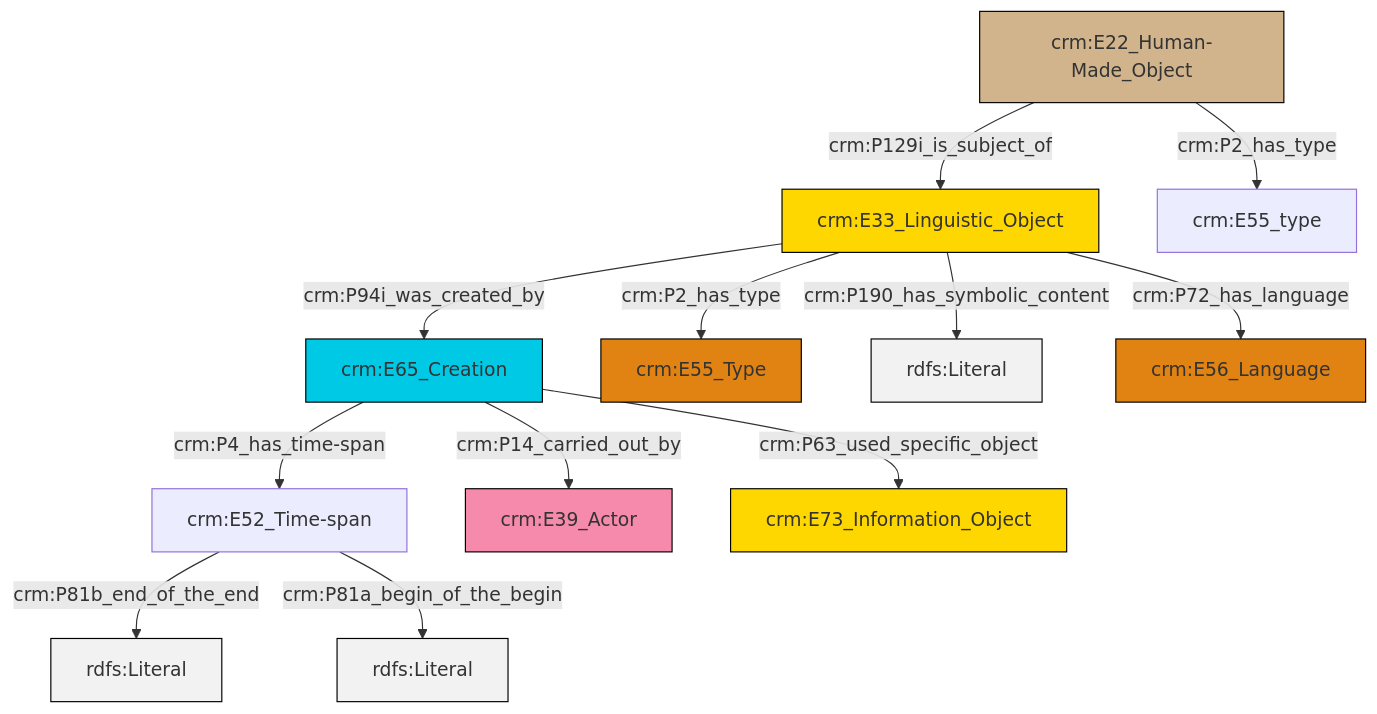
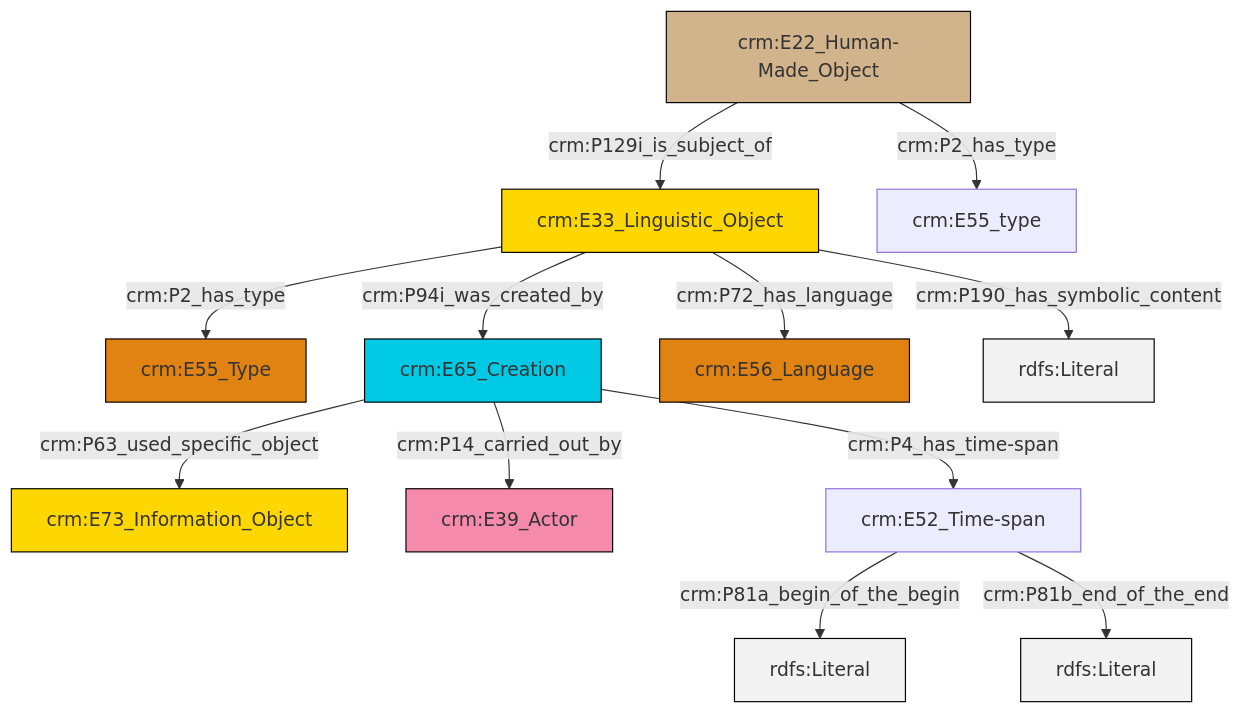
The diagram in et/builtWorkCSV/ttl/mmd/Built_Work_description.ttl.mmd (swiss-art-research-net/docs.swissartresearch), drawn with Mermaid before and after one commit. The commit also changed 177 other files, not shown here.

```diff
--- a/et/builtWorkCSV/ttl/mmd/Built_Work_description.ttl.mmd
+++ b/et/builtWorkCSV/ttl/mmd/Built_Work_description.ttl.mmd
@@ -1,26 +1,26 @@
 graph TD
 classDef Literal fill:#f2f2f2,stroke:#000000;
 classDef CRM_Entity fill:#FFFFFF,stroke:#000000;
 classDef Temporal_Entity fill:#00C9E6, stroke:#000000;
 classDef Type fill:#E18312, stroke:#000000;
 classDef Time-Span fill:#2C9C91, stroke:#000000;
 classDef Appellation fill:#FFEB7F, stroke:#000000;
 classDef Place fill:#008836, stroke:#000000;
 classDef Persistent_Item fill:#B266B2, stroke:#000000;
 classDef Conceptual_Object fill:#FFD700, stroke:#000000;
 classDef Physical_Thing fill:#D2B48C, stroke:#000000;
 classDef Actor fill:#f58aad, stroke:#000000;
 classDef PC_Classes fill:#4ce600, stroke:#000000;
 classDef Multi fill:#cccccc,stroke:#000000;
 
-2["crm:E65_Creation"]:::Temporal_Entity -->|crm:P4_has_time-span| 3["crm:E52_Time-span"]:::Default
-4["crm:E22_Human-Made_Object"]:::Physical_Thing -->|crm:P2_has_type| 5["crm:E55_type"]:::Default
-4["crm:E22_Human-Made_Object"]:::Physical_Thing -->|crm:P129i_is_subject_of| 0["crm:E33_Linguistic_Object"]:::Conceptual_Object
-2["crm:E65_Creation"]:::Temporal_Entity -->|crm:P14_carried_out_by| 6["crm:E39_Actor"]:::Actor
-0["crm:E33_Linguistic_Object"]:::Conceptual_Object -->|crm:P2_has_type| 7["crm:E55_Type"]:::Type
-3["crm:E52_Time-span"]:::Default -->|crm:P81b_end_of_the_end| 8[rdfs:Literal]:::Literal
-0["crm:E33_Linguistic_Object"]:::Conceptual_Object -->|crm:P190_has_symbolic_content| 11[rdfs:Literal]:::Literal
-2["crm:E65_Creation"]:::Temporal_Entity -->|crm:P63_used_specific_object| 12["crm:E73_Information_Object"]:::Conceptual_Object
-0["crm:E33_Linguistic_Object"]:::Conceptual_Object -->|crm:P72_has_language| 13["crm:E56_Language"]:::Type
-3["crm:E52_Time-span"]:::Default -->|crm:P81a_begin_of_the_begin| 19[rdfs:Literal]:::Literal
-0["crm:E33_Linguistic_Object"]:::Conceptual_Object -->|crm:P94i_was_created_by| 2["crm:E65_Creation"]:::Temporal_Entity
+0["crm:E22_Human-Made_Object"]:::Physical_Thing -->|crm:P129i_is_subject_of| 1["crm:E33_Linguistic_Object"]:::Conceptual_Object
+1["crm:E33_Linguistic_Object"]:::Conceptual_Object -->|crm:P2_has_type| 2["crm:E55_Type"]:::Type
+4["crm:E65_Creation"]:::Temporal_Entity -->|crm:P63_used_specific_object| 5["crm:E73_Information_Object"]:::Conceptual_Object
+8["crm:E52_Time-span"]:::Default -->|crm:P81a_begin_of_the_begin| 9[rdfs:Literal]:::Literal
+1["crm:E33_Linguistic_Object"]:::Conceptual_Object -->|crm:P72_has_language| 10["crm:E56_Language"]:::Type
+1["crm:E33_Linguistic_Object"]:::Conceptual_Object -->|crm:P94i_was_created_by| 4["crm:E65_Creation"]:::Temporal_Entity
+4["crm:E65_Creation"]:::Temporal_Entity -->|crm:P4_has_time-span| 8["crm:E52_Time-span"]:::Default
+8["crm:E52_Time-span"]:::Default -->|crm:P81b_end_of_the_end| 14[rdfs:Literal]:::Literal
+1["crm:E33_Linguistic_Object"]:::Conceptual_Object -->|crm:P190_has_symbolic_content| 19[rdfs:Literal]:::Literal
+0["crm:E22_Human-Made_Object"]:::Physical_Thing -->|crm:P2_has_type| 15["crm:E55_type"]:::Default
+4["crm:E65_Creation"]:::Temporal_Entity -->|crm:P14_carried_out_by| 6["crm:E39_Actor"]:::Actor
```
